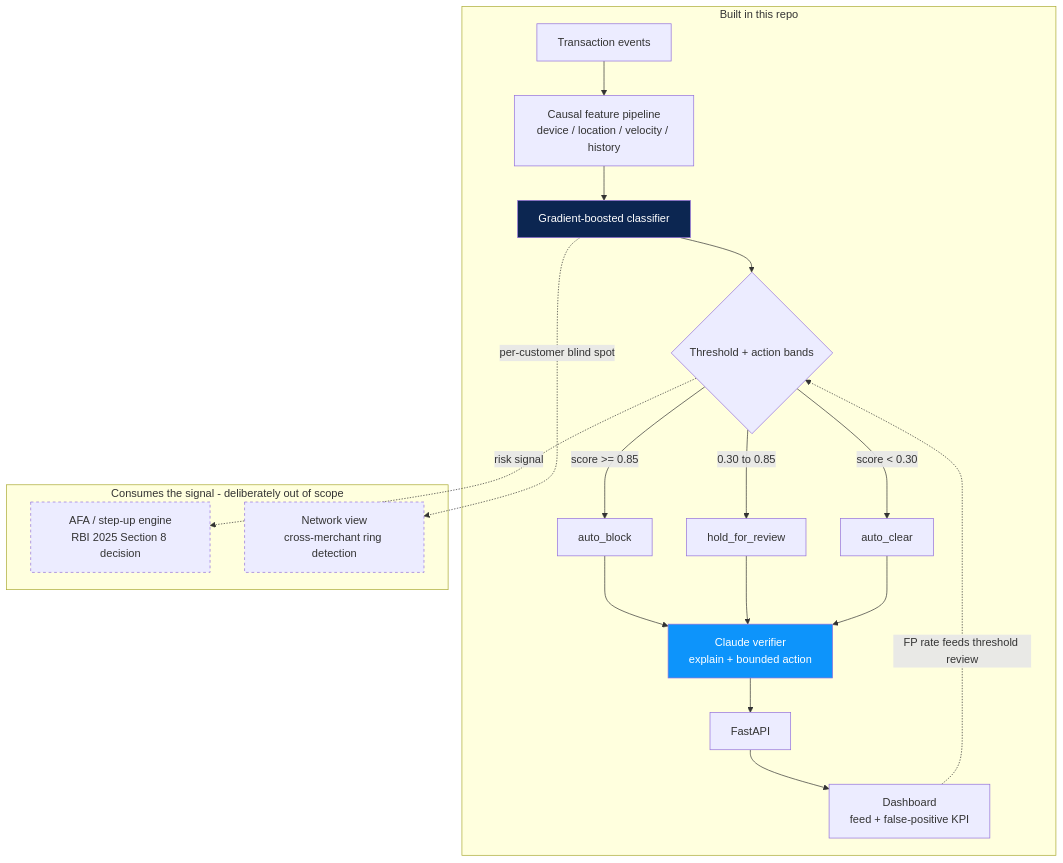
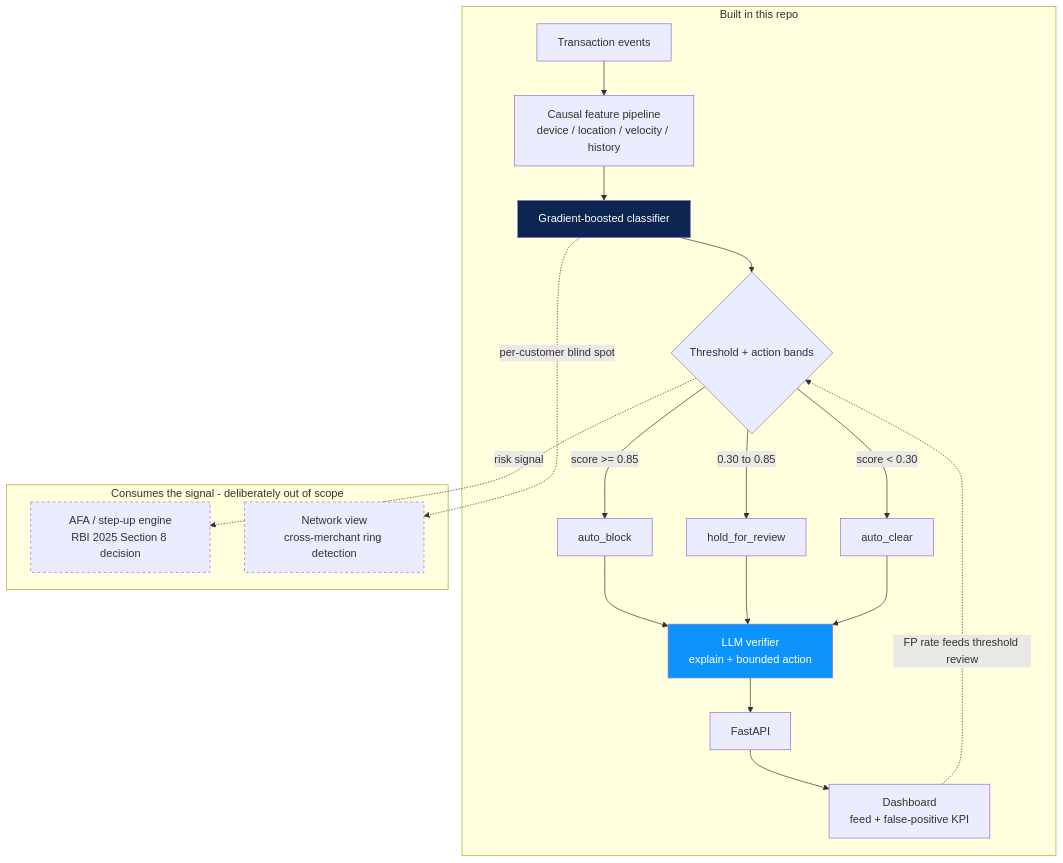
Before and after one commit to Aahan0605/Razorpay_ps: the diagram in README.md, drawn with Mermaid. The commit also changed other lines of this file, not shown here.

````diff
--- a/README.md
+++ b/README.md
@@ -28,30 +29,30 @@
 ```mermaid
 flowchart TB
     subgraph BUILT["Built in this repo"]
         A["Transaction events"] --> B["Causal feature pipeline<br/>device / location / velocity / history"]
         B --> C["Gradient-boosted classifier"]
         C --> D{"Threshold + action bands"}
         D -->|"score >= 0.85"| E["auto_block"]
         D -->|"0.30 to 0.85"| F["hold_for_review"]
         D -->|"score < 0.30"| G["auto_clear"]
-        E --> H["Claude verifier<br/>explain + bounded action"]
+        E --> H["LLM verifier<br/>explain + bounded action"]
         F --> H
         G --> H
         H --> I["FastAPI"]
         I --> J["Dashboard<br/>feed + false-positive KPI"]
         J -.->|"FP rate feeds threshold review"| D
     end
 
     subgraph OUT["Consumes the signal - deliberately out of scope"]
         K["AFA / step-up engine<br/>RBI 2025 Section 8 decision"]
         L["Network view<br/>cross-merchant ring detection"]
     end
 
     D -.->|"risk signal"| K
     C -.->|"per-customer blind spot"| L
 
     style C fill:#0C2651,color:#fff
     style H fill:#0D94FB,color:#fff
     style K stroke-dasharray: 4 4
     style L stroke-dasharray: 4 4
 ```
````
